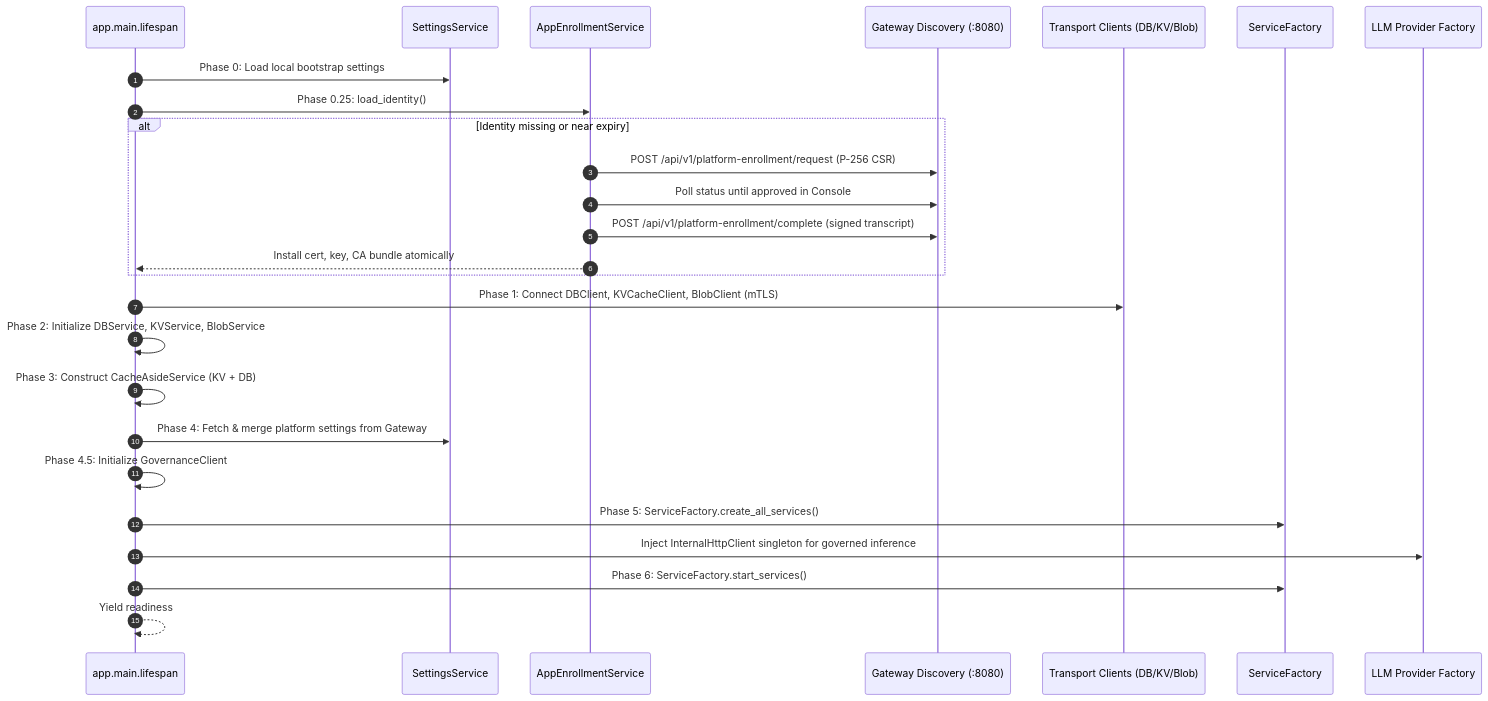
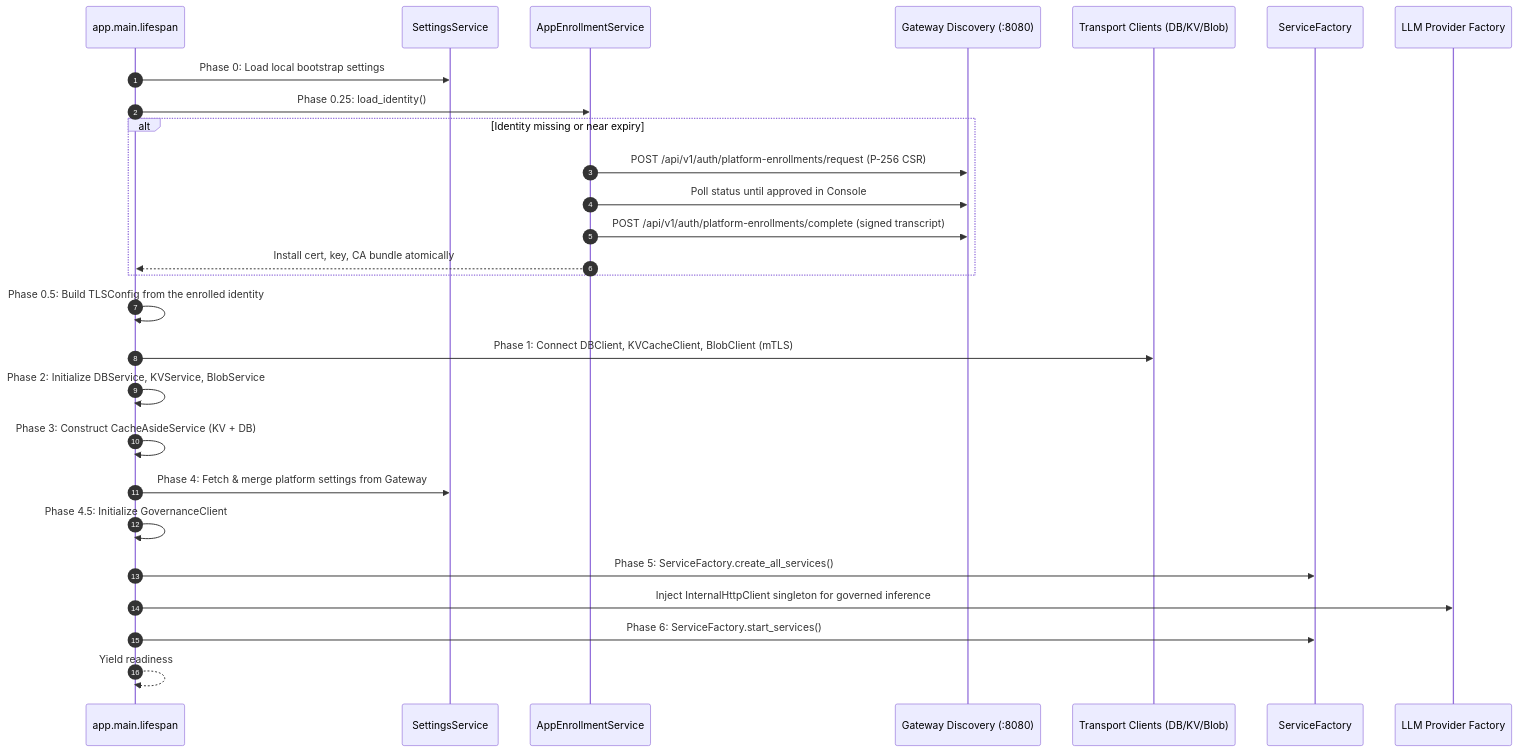
One commit to g8e-ai/g8e changed the first of 6 diagrams in docs/architecture/ensemble.md. Above: the diagram before and after it, drawn with Mermaid. The commit also changed other lines of this file and 209 other files, not shown here.

````diff
--- a/docs/architecture/ensemble.md
+++ b/docs/architecture/ensemble.md
@@ -180,29 +180,30 @@
 ```mermaid
 sequenceDiagram
     autonumber
     participant Main as app.main.lifespan
     participant Settings as SettingsService
     participant Enroll as AppEnrollmentService
     participant GW as Gateway Discovery (:8080)
     participant Clients as Transport Clients (DB/KV/Blob)
     participant Factory as ServiceFactory
     participant LLM as LLM Provider Factory
 
     Main->>Settings: Phase 0: Load local bootstrap settings
     Main->>Enroll: Phase 0.25: load_identity()
     alt Identity missing or near expiry
-        Enroll->>GW: POST /api/v1/platform-enrollment/request (P-256 CSR)
+        Enroll->>GW: POST /api/v1/auth/platform-enrollments/request (P-256 CSR)
         Enroll->>GW: Poll status until approved in Console
-        Enroll->>GW: POST /api/v1/platform-enrollment/complete (signed transcript)
+        Enroll->>GW: POST /api/v1/auth/platform-enrollments/complete (signed transcript)
         Enroll-->>Main: Install cert, key, CA bundle atomically
     end
+    Main->>Main: Phase 0.5: Build TLSConfig from the enrolled identity
     Main->>Clients: Phase 1: Connect DBClient, KVCacheClient, BlobClient (mTLS)
     Main->>Main: Phase 2: Initialize DBService, KVService, BlobService
     Main->>Main: Phase 3: Construct CacheAsideService (KV + DB)
     Main->>Settings: Phase 4: Fetch & merge platform settings from Gateway
     Main->>Main: Phase 4.5: Initialize GovernanceClient
     Main->>Factory: Phase 5: ServiceFactory.create_all_services()
     Main->>LLM: Inject InternalHttpClient singleton for governed inference
     Main->>Factory: Phase 6: ServiceFactory.start_services()
     Main-->>Main: Yield readiness
 ```
````
